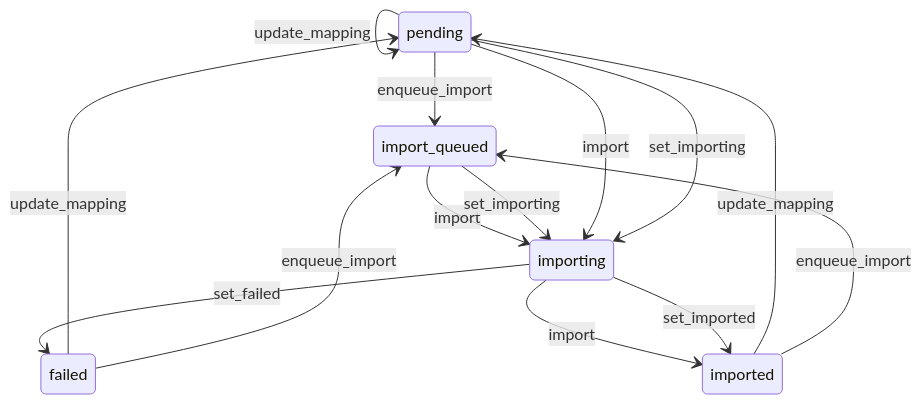
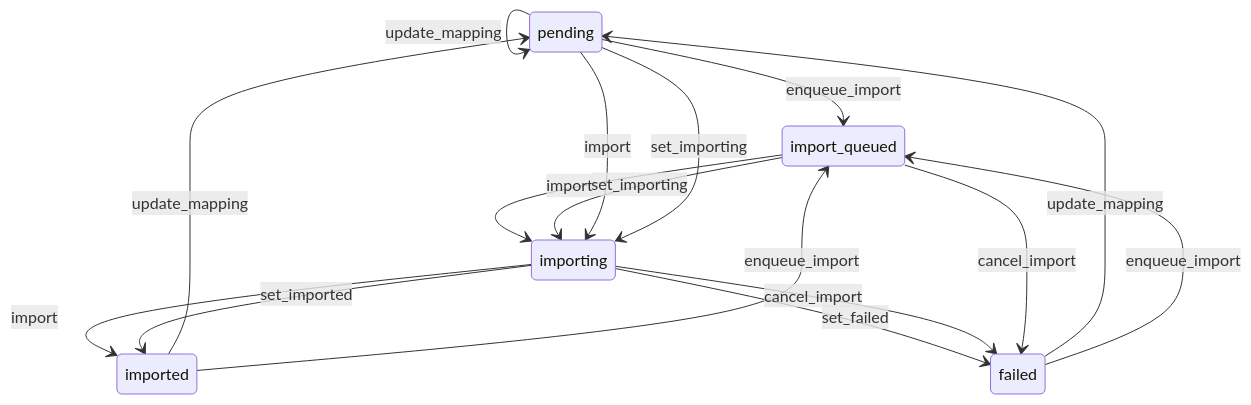
One commit to zebbra/data_aggregator changed the diagram in lib/data_aggregator/records/import/import-mermaid-flowchart.md. Above: the diagram before and after it, drawn with Mermaid. The commit also changed 50 other files, not shown here.

````diff
--- a/lib/data_aggregator/records/import/import-mermaid-flowchart.md
+++ b/lib/data_aggregator/records/import/import-mermaid-flowchart.md
@@ -1,16 +1,18 @@
 ```mermaid
 stateDiagram-v2
 pending --> pending: update_mapping
 pending --> import_queued: enqueue_import
 import_queued --> importing: import
 importing --> imported: import
 imported --> pending: update_mapping
 imported --> import_queued: enqueue_import
 importing --> imported: set_imported
 importing --> failed: set_failed
 failed --> pending: update_mapping
 failed --> import_queued: enqueue_import
+importing --> failed: cancel_import
 import_queued --> importing: set_importing
+import_queued --> failed: cancel_import
 pending --> importing: import
 pending --> importing: set_importing
 ```
````
